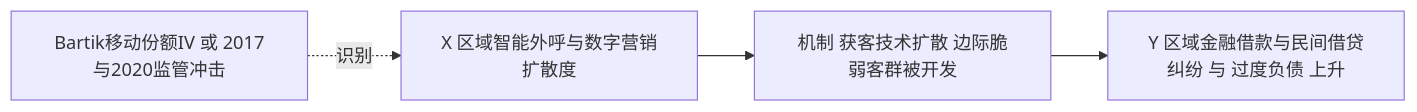
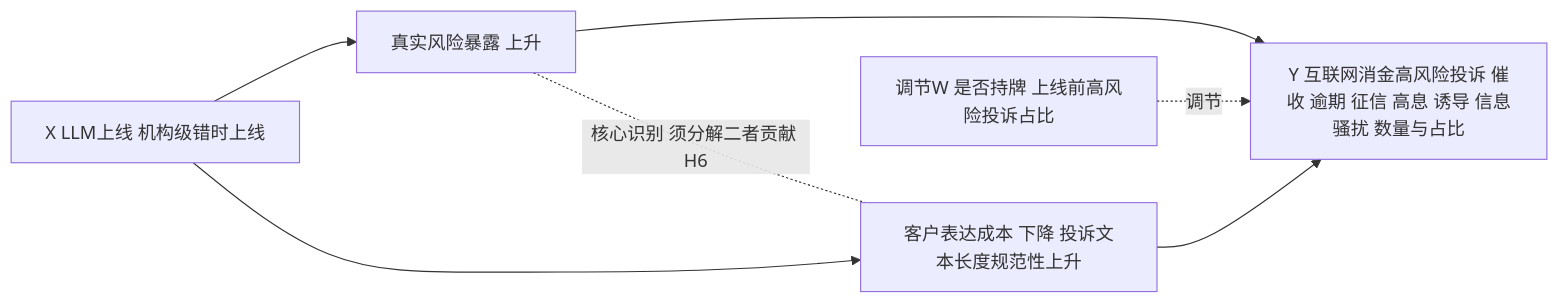
One commit to qliu2318/claude changed the fifth of 8 diagrams in 开题报告_LLM消费信贷_设计稿.md. Above: the diagram before and after it, drawn with Mermaid. The commit also changed other lines of this file and 2 other files, not shown here.

````diff
--- a/开题报告_LLM消费信贷_设计稿.md
+++ b/开题报告_LLM消费信贷_设计稿.md
@@ -376,6 +376,9 @@
 ```mermaid
 flowchart LR
-  IV[Bartik移动份额IV 或 2017与2020监管冲击] -.识别.-> X2[X 区域智能外呼与数字营销扩散度]
-  X2 --> M[机制 获客技术扩散 边际脆弱客群被开发]
-  M --> Y2[Y 区域金融借款与民间借贷纠纷 与 过度负债 上升]
+  X2[X LLM上线 机构级错时上线] --> RR[真实风险暴露 上升]
+  X2 --> EE[客户表达成本 下降 投诉文本长度规范性上升]
+  RR --> Y2[Y 互联网消金高风险投诉 催收 逾期 征信 高息 诱导 信息骚扰 数量与占比]
+  EE --> Y2
+  W2[调节W 是否持牌 上线前高风险投诉占比] -.调节.-> Y2
+  RR -. 核心识别 须分解二者贡献 H6 .- EE
 ```
````
